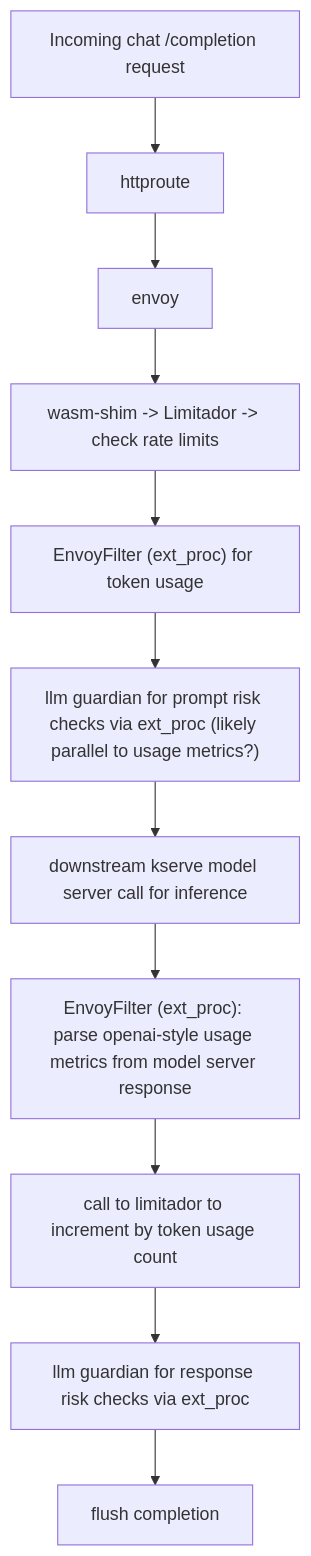
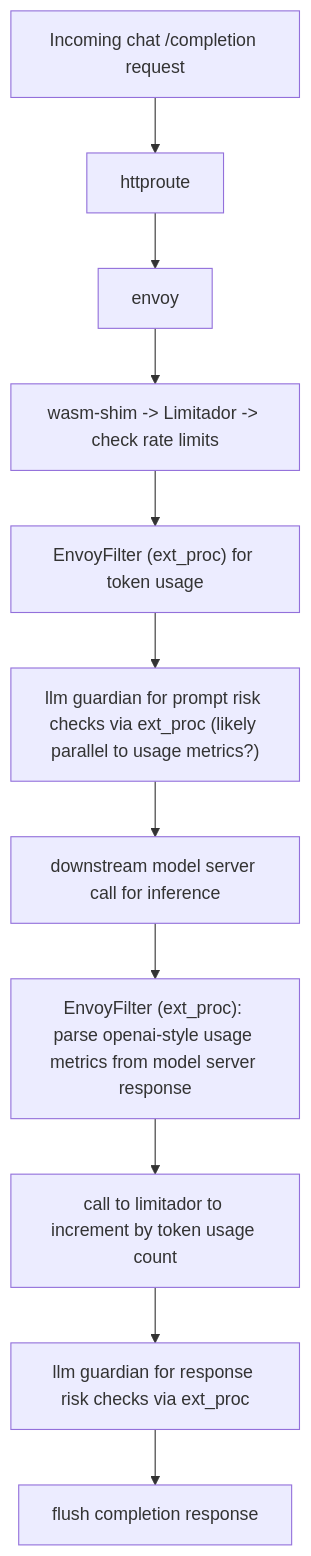
Before and after one commit to Kuadrant/architecture: the diagram in rfcs/0013-ai-policies.md, drawn with Mermaid.

Commit message:
small diagram fix

````diff
--- a/rfcs/0013-ai-policies.md
+++ b/rfcs/0013-ai-policies.md
@@ -178,13 +178,13 @@
 ```mermaid
 flowchart TD
     A["Incoming chat /completion request"] --> B["httproute"]
     B --> C["envoy"]
     C --> D["wasm-shim -> Limitador -> check rate limits"]
     D --> E["EnvoyFilter (ext_proc) for token usage"]
     E --> F["llm guardian for prompt risk checks via ext_proc (likely parallel to usage metrics?)"]
-    F --> G["downstream kserve model server call for inference"]
+    F --> G["downstream model server call for inference"]
     G --> H["EnvoyFilter (ext_proc): parse openai-style usage metrics from model server response"]
     H-->I["call to limitador to increment by token usage count"]
     I --> J["llm guardian for response risk checks via ext_proc"]
-    J --> K["flush completion"]
+    J --> K["flush completion response"]
 ```
````
